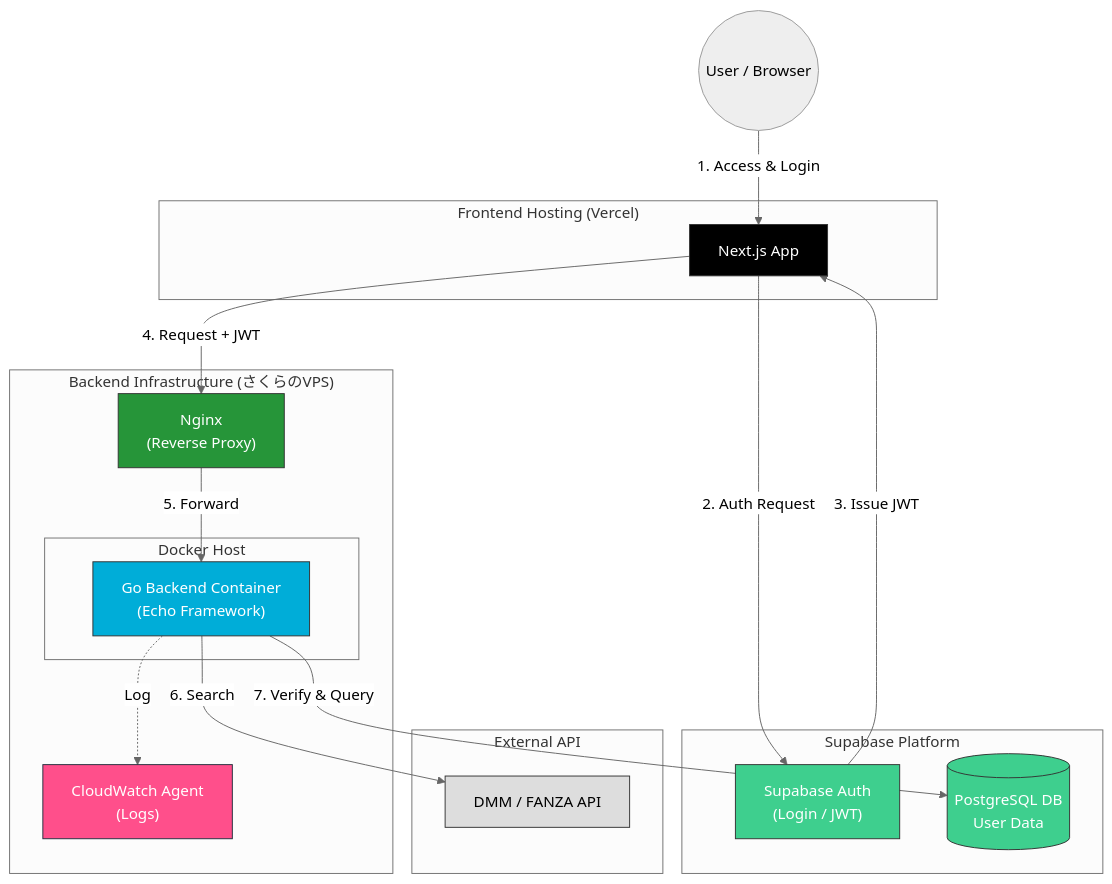
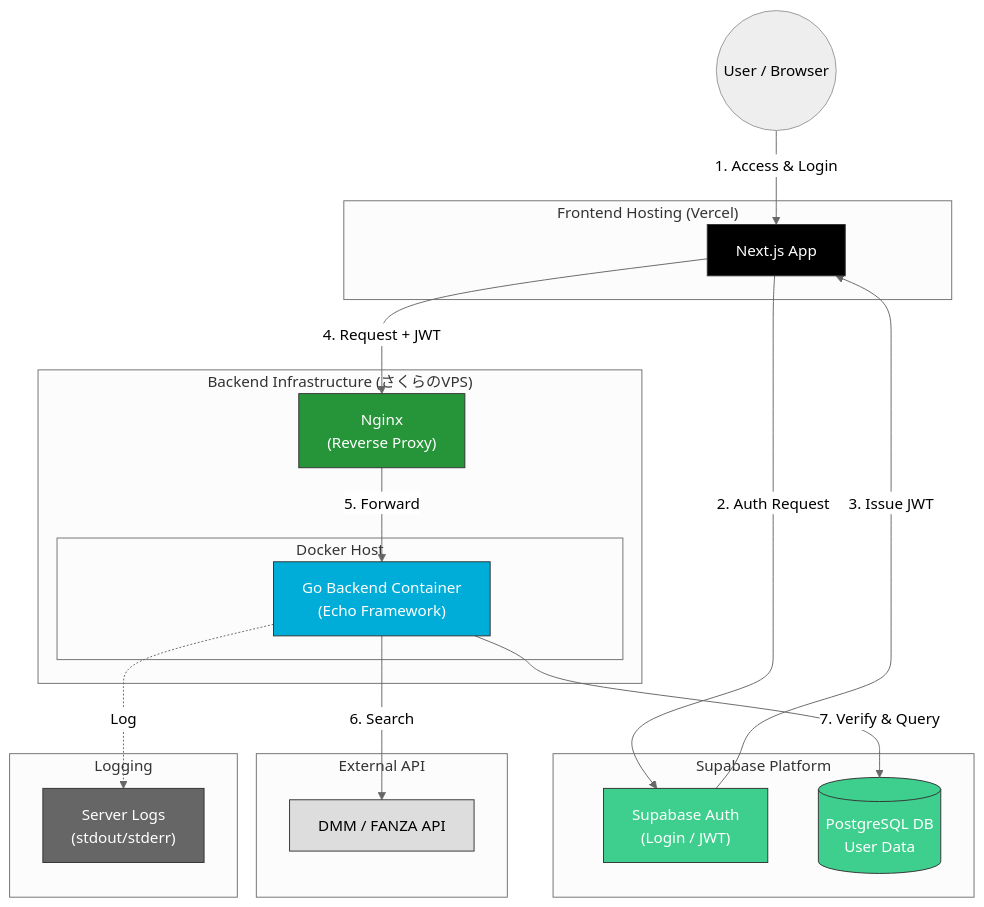
The first of 2 diagrams in README.md (akito-0520/MuseLog), drawn with Mermaid (neutral theme) before and after one commit. The commit also changed other lines of this file, not shown here.

Commit message:
使用しないサービスに関する記述を削除

````diff
--- a/README.md
+++ b/README.md
@@ -21,58 +21,59 @@
 ```mermaid
 graph TD
     %% ユーザー層
     User((User / Browser))
 
     %% フロントエンド (Vercel)
     subgraph "Frontend Hosting (Vercel)"
         Next["Next.js App"]
         style Next fill:#000000,stroke:#333,color:white
     end
 
     %% バックエンド (VPS/EC2)
     subgraph "Backend Infrastructure (さくらのVPS)"
         subgraph "Docker Host"
             GoApp["Go Backend Container<br/>(Echo Framework)"]
             style GoApp fill:#00ADD8,stroke:#333,color:white
         end
         
         Nginx["Nginx<br/>(Reverse Proxy)"]
         style Nginx fill:#269539,stroke:#333,color:white
-
-        CloudWatch["CloudWatch Agent<br/>(Logs)"]
-        style CloudWatch fill:#FF4F8B,stroke:#232F3E,color:white
     end
 
     %% 外部SaaS (Supabase)
     subgraph "Supabase Platform"
         SupaAuth["Supabase Auth<br/>(Login / JWT)"]
         SupaDB[("PostgreSQL DB<br/>User Data")]
         style SupaAuth fill:#3ECF8E,stroke:#333,color:white
         style SupaDB fill:#3ECF8E,stroke:#333,color:white
     end
 
     %% 外部データソース
     subgraph "External API"
         DMM["DMM / FANZA API"]
         style DMM fill:#DDD,stroke:#333,color:black
     end
 
     %% --- データフロー ---
     
     %% 1. 画面表示
     User -->|"1. Access & Login"| Next
     Next -->|"2. Auth Request"| SupaAuth
     SupaAuth -->|"3. Issue JWT"| Next
     
     %% 2. APIリクエスト
     Next -->|"4. Request + JWT"| Nginx
     Nginx -->|"5. Forward"| GoApp
     
     %% 3. 処理実行
-    GoApp -.->|Log| CloudWatch
+    GoApp -.->|Log| LocalLogs
     
     %% 4. 外部連携
     GoApp -->|"6. Search"| DMM
     GoApp -->|"7. Verify & Query"| SupaDB
 
+    subgraph "Logging"
+        LocalLogs["Server Logs<br/>(stdout/stderr)"]
+        style LocalLogs fill:#666,stroke:#333,color:white
+    end
 ```
````
